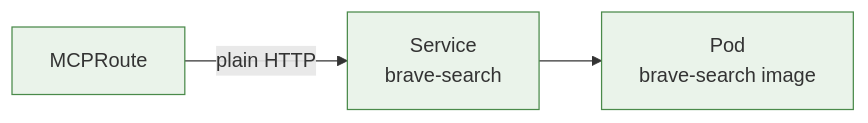
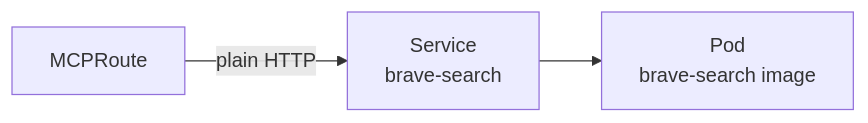
Before and after one commit to ADORSYS-GIS/ai-helm: the sixth of 11 diagrams in docs/mcp/01-envoy-mcp-research.md, drawn with Mermaid. The commit also changed other lines of this file and 13 other files, not shown here.

First line of the commit message:
docs(architecture): uncolor all mermaid; refresh CD/components; add diagrams

````diff
--- a/docs/mcp/01-envoy-mcp-research.md
+++ b/docs/mcp/01-envoy-mcp-research.md
@@ -402,7 +398,6 @@
 ```mermaid
 flowchart LR
-    MCPR["MCPRoute"]:::own -->|"plain HTTP"| SVC["Service<br/>brave-search"]:::own
-    SVC --> POD["Pod<br/>brave-search image"]:::own
+    MCPR["MCPRoute"] -->|"plain HTTP"| SVC["Service<br/>brave-search"]
+    SVC --> POD["Pod<br/>brave-search image"]
     
-    classDef own fill:#eaf3ea,stroke:#4a8a4a;
 ```
````
